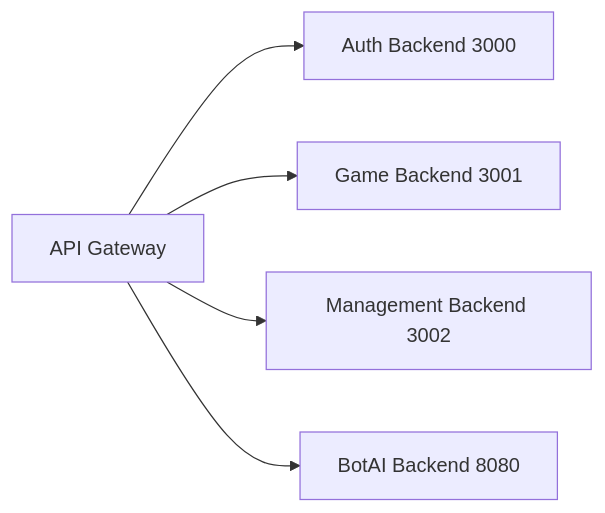
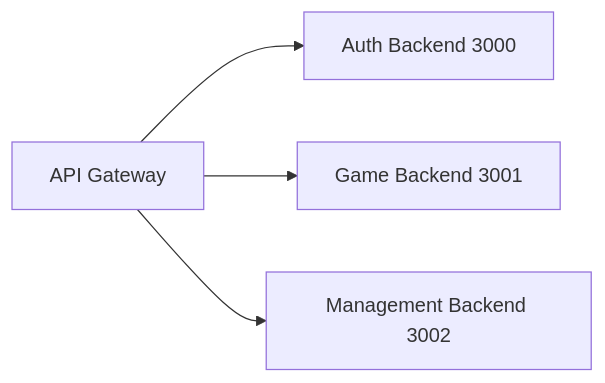
One commit to pagliagen/tenpennynovels changed the first of 5 diagrams in docs/tecnica/backend/unified-backend.md. Above: the diagram before and after it, drawn with Mermaid. The commit also changed 114 other files, not shown here.

````diff
--- a/docs/tecnica/backend/unified-backend.md
+++ b/docs/tecnica/backend/unified-backend.md
@@ -23,7 +23,6 @@
 ```mermaid
 flowchart LR
     GW[API Gateway] --> A[Auth Backend 3000]
     GW --> G[Game Backend 3001]
     GW --> M[Management Backend 3002]
-    GW --> B[BotAI Backend 8080]
 ```
````
